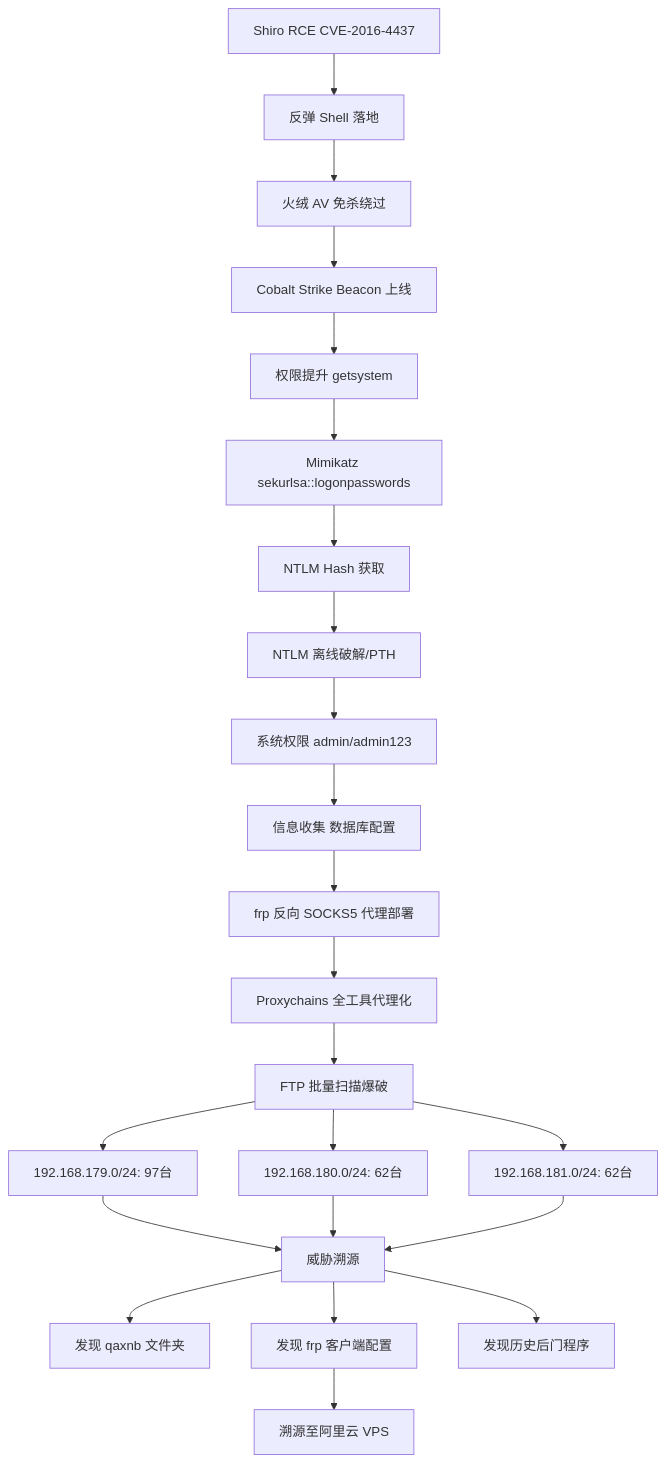
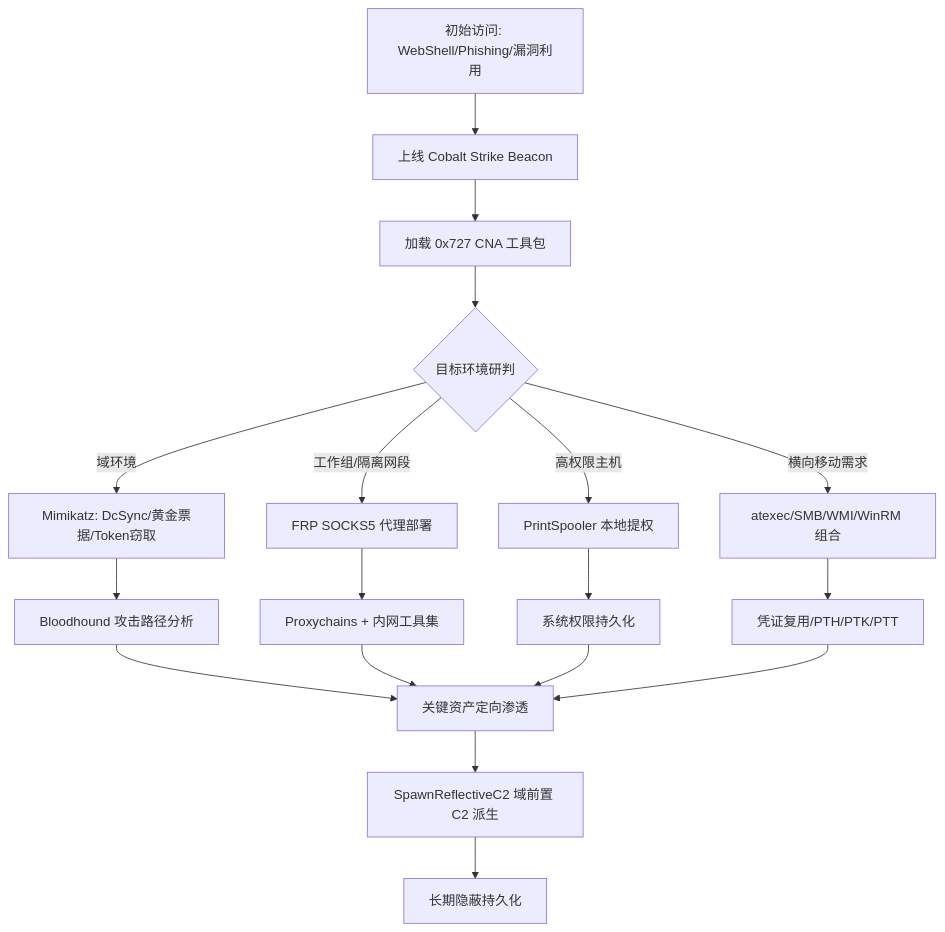
Before and after one commit to OpenDocCN1/sec-llm-wiki: the third of 4 diagrams in pages/internal-network-pivoting-techniques.md, drawn with Mermaid. The commit also changed other lines of this file and 4 other files, not shown here.

````diff
--- a/pages/internal-network-pivoting-techniques.md
+++ b/pages/internal-network-pivoting-techniques.md
@@ -627,25 +242,20 @@
 ```mermaid
 flowchart TD
-    A[Shiro RCE CVE-2016-4437] --> B[反弹 Shell 落地]
-    B --> C[火绒 AV 免杀绕过]
-    C --> D[Cobalt Strike Beacon 上线]
-    D --> E[权限提升 getsystem]
-    E --> F[Mimikatz sekurlsa::logonpasswords]
-    F --> G[NTLM Hash 获取]
-    G --> H[NTLM 离线破解/PTH]
-    H --> I[系统权限 admin/admin123]
-    I --> J[信息收集 数据库配置]
-    J --> K[frp 反向 SOCKS5 代理部署]
-    K --> L[Proxychains 全工具代理化]
-    L --> M[FTP 批量扫描爆破]
-    M --> N[192.168.179.0/24: 97台]
-    M --> O[192.168.180.0/24: 62台]
-    M --> P[192.168.181.0/24: 62台]
-    N --> Q[威胁溯源]
-    O --> Q
-    P --> Q
-    Q --> R[发现 qaxnb 文件夹]
-    Q --> S[发现 frp 客户端配置]
-    Q --> T[发现历史后门程序]
-    S --> U[溯源至阿里云 VPS]
+    A[初始访问: WebShell/Phishing/漏洞利用] --> B[上线 Cobalt Strike Beacon]
+    B --> C[加载 0x727 CNA 工具包]
+    C --> D{目标环境研判}
+    D -->|域环境| E[Mimikatz: DcSync/黄金票据/Token窃取]
+    D -->|工作组/隔离网段| F[FRP SOCKS5 代理部署]
+    D -->|高权限主机| G[PrintSpooler 本地提权]
+    D -->|横向移动需求| H[atexec/SMB/WMI/WinRM 组合]
+    E --> I[Bloodhound 攻击路径分析]
+    F --> J[Proxychains + 内网工具集]
+    G --> K[系统权限持久化]
+    H --> L[凭证复用/PTH/PTK/PTT]
+    I --> M[关键资产定向渗透]
+    J --> M
+    K --> M
+    L --> M
+    M --> N[SpawnReflectiveC2 域前置 C2 派生]
+    N --> O[长期隐蔽持久化]
 ```
````
